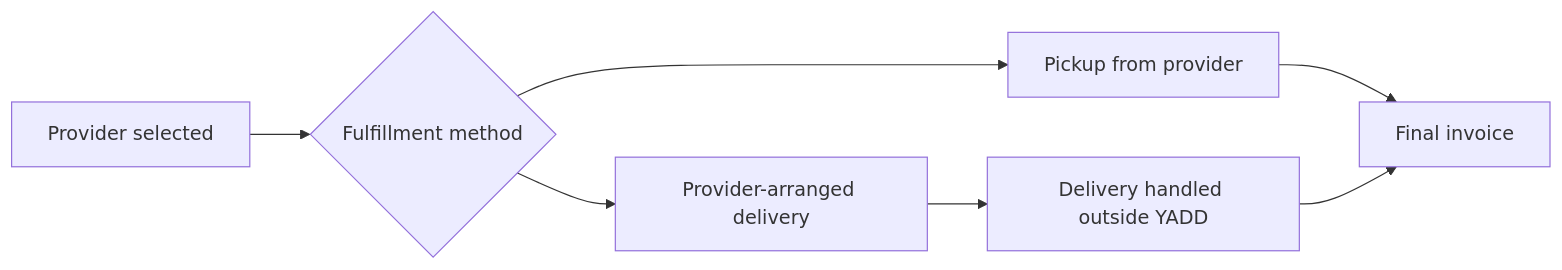
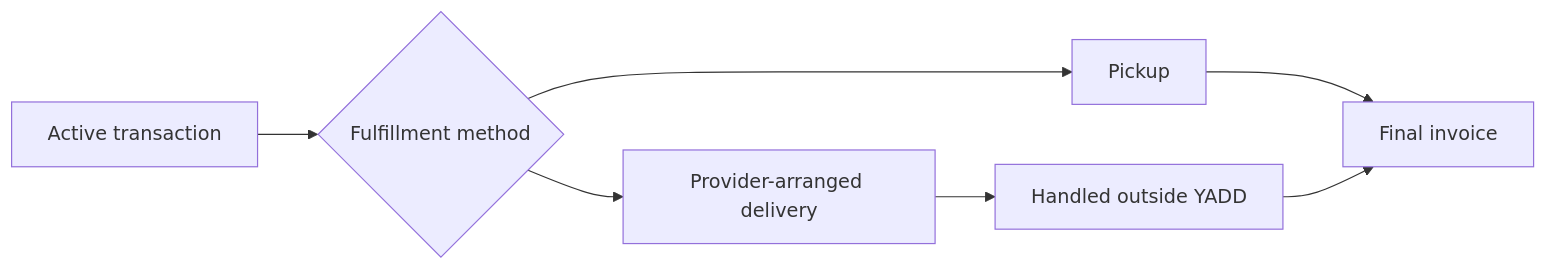
Before and after one commit to Yadd-SanaaUniversityGraduationProject/yadd: the sixth of 6 diagrams in docs/03-analysis/07-lifecycles.md, drawn with Mermaid. The commit also changed other lines of this file, not shown here.

Commit message:
analysis: revise request transaction invoice and rating lifecycles

````diff
--- a/docs/03-analysis/07-lifecycles.md
+++ b/docs/03-analysis/07-lifecycles.md
@@ -87,9 +115,9 @@
 ```mermaid
 flowchart LR
-    A[Provider selected] --> B{Fulfillment method}
-    B --> C[Pickup from provider]
+    A[Active transaction] --> B{Fulfillment method}
+    B --> C[Pickup]
     B --> D[Provider-arranged delivery]
-    D --> E[Delivery handled outside YADD]
+    D --> E[Handled outside YADD]
     C --> F[Final invoice]
     E --> F
 ```
````
